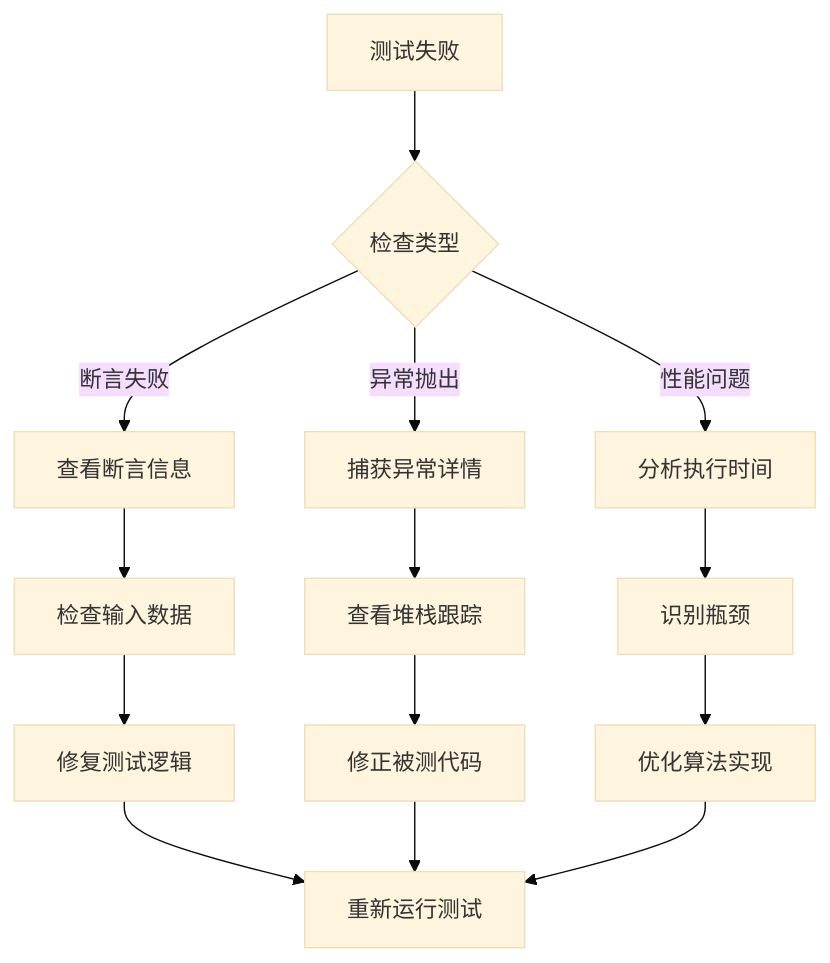
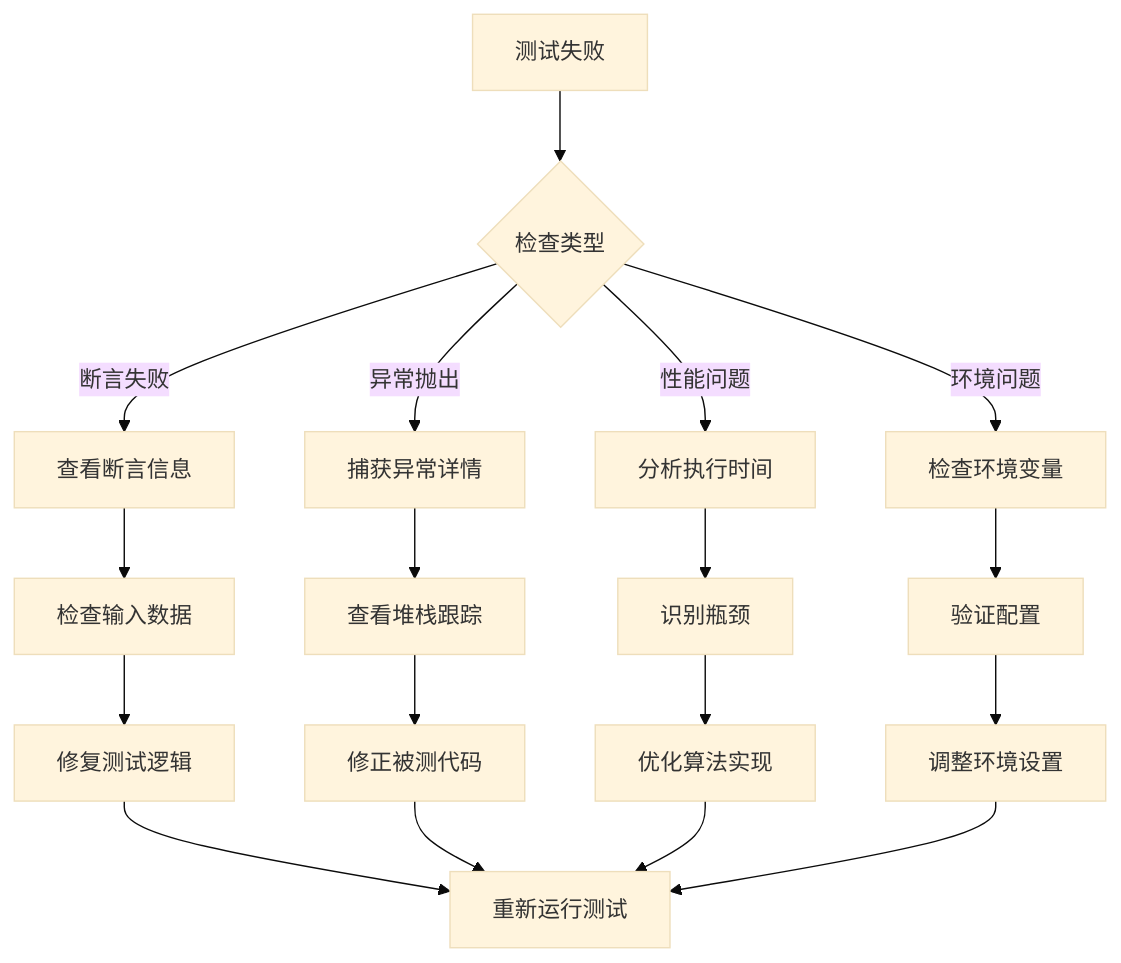
One commit to AngelWings1997/altas changed the eighth of 8 diagrams in .qoder/repowiki/zh/content/Altas Workflow Core/pytest测试模式参考.md. Above: the diagram before and after it, drawn with Mermaid (base theme). The commit also changed other lines of this file and 8 other files, not shown here.

````diff
--- a/.qoder/repowiki/zh/content/Altas Workflow Core/pytest测试模式参考.md
+++ b/.qoder/repowiki/zh/content/Altas Workflow Core/pytest测试模式参考.md
@@ -405,16 +485,20 @@
 ```mermaid
 flowchart TD
 A[测试失败] --> B{检查类型}
 B --> |断言失败| C[查看断言信息]
 B --> |异常抛出| D[捕获异常详情]
 B --> |性能问题| E[分析执行时间]
-C --> F[检查输入数据]
-D --> G[查看堆栈跟踪]
-E --> H[识别瓶颈]
-F --> I[修复测试逻辑]
-G --> J[修正被测代码]
-H --> K[优化算法实现]
-I --> L[重新运行测试]
-J --> L
-K --> L
+B --> |环境问题| F[检查环境变量]
+C --> G[检查输入数据]
+D --> H[查看堆栈跟踪]
+E --> I[识别瓶颈]
+F --> J[验证配置]
+G --> K[修复测试逻辑]
+H --> L[修正被测代码]
+I --> M[优化算法实现]
+J --> N[调整环境设置]
+K --> O[重新运行测试]
+L --> O
+M --> O
+N --> O
 ```
````
